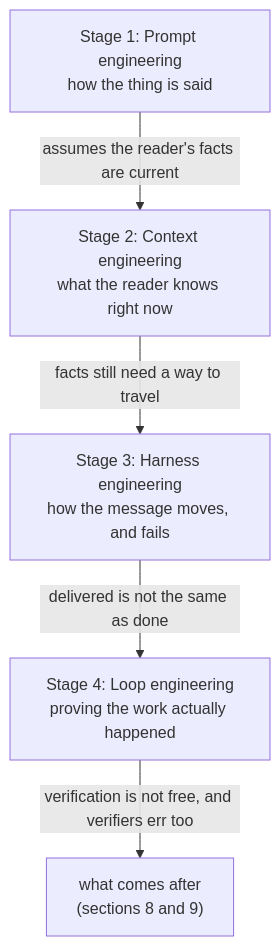
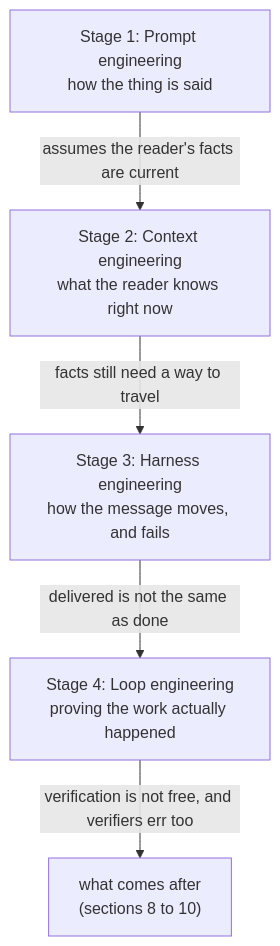
The diagram in en/blog/2026-07-03-from-prompt-engineering-to-loop-engineering.qmd (i9wa4/i9wa4.github.io), drawn with Mermaid before and after one commit. The commit also changed other lines of this file, not shown here.

````diff
--- a/en/blog/2026-07-03-from-prompt-engineering-to-loop-engineering.qmd
+++ b/en/blog/2026-07-03-from-prompt-engineering-to-loop-engineering.qmd
@@ -24,12 +24,12 @@
 ```{mermaid}
 flowchart TD
     P["Stage 1: Prompt engineering<br/>how the thing is said"]
     C["Stage 2: Context engineering<br/>what the reader knows right now"]
     H["Stage 3: Harness engineering<br/>how the message moves, and fails"]
     L["Stage 4: Loop engineering<br/>proving the work actually happened"]
-    N["what comes after<br/>(sections 8 and 9)"]
+    N["what comes after<br/>(sections 8 to 10)"]
     P -- "assumes the reader's facts are current" --> C
     C -- "facts still need a way to travel" --> H
     H -- "delivered is not the same as done" --> L
     L -- "verification is not free, and verifiers err too" --> N
 ```
````
